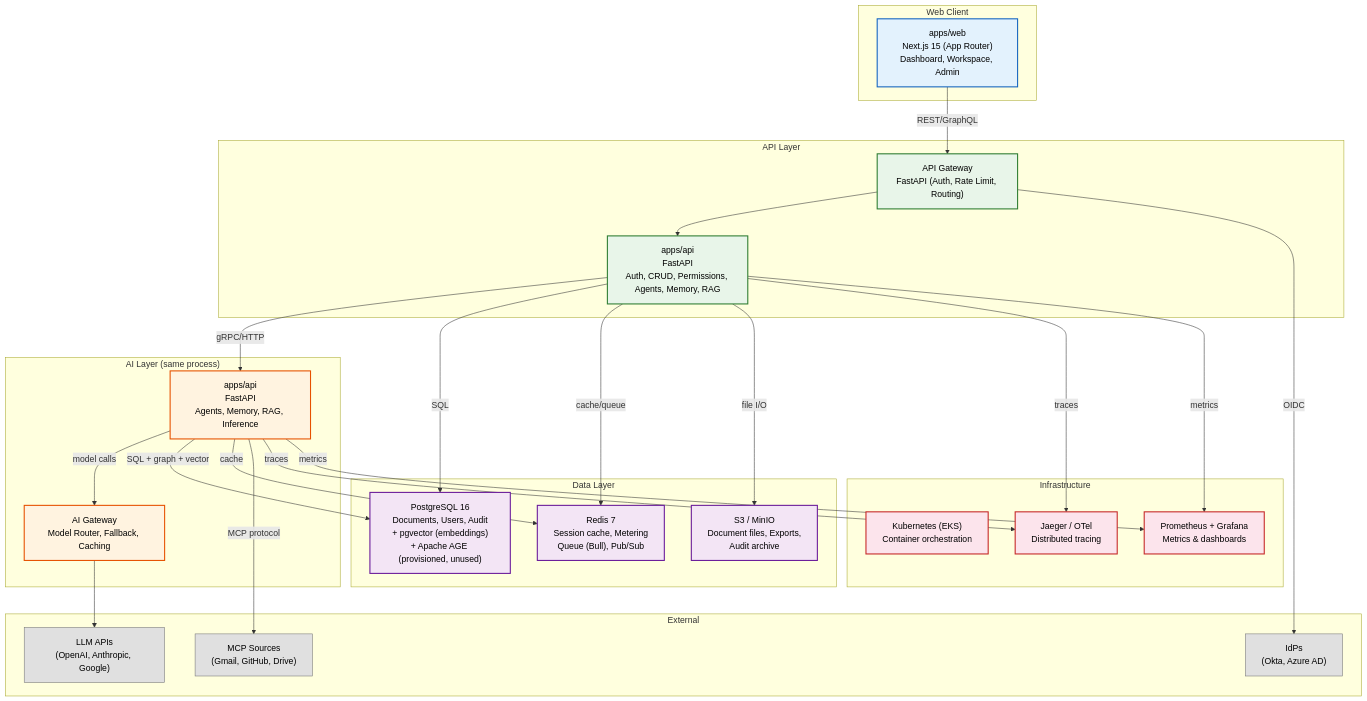
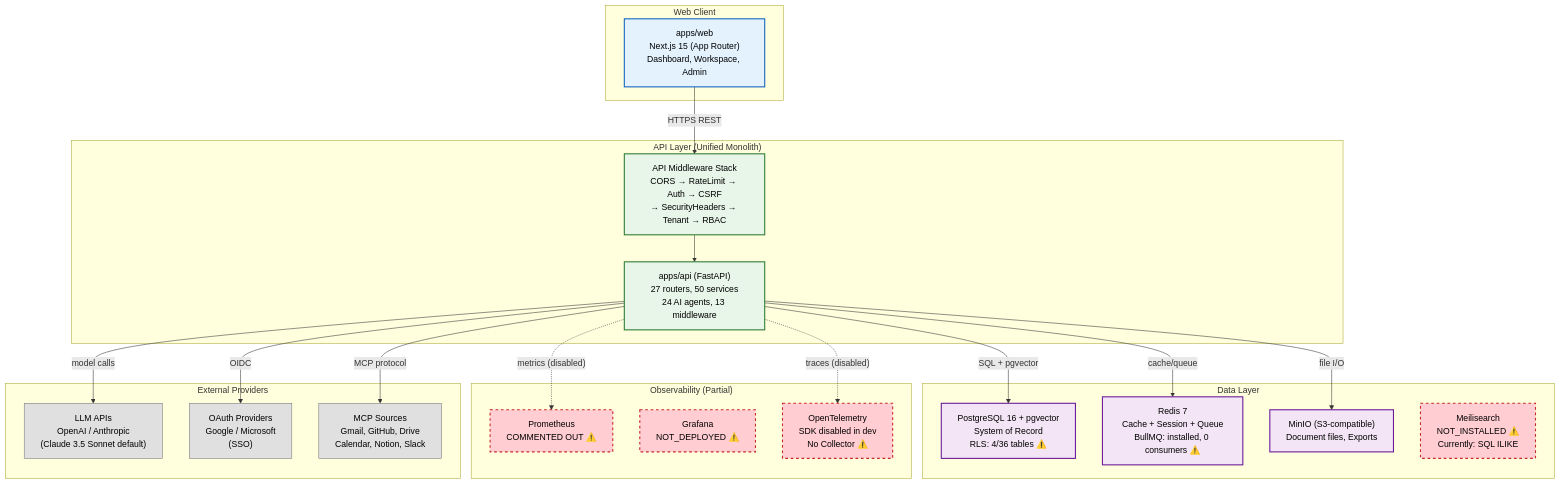
One commit to Driftloom/Vaeloom changed the second of 5 diagrams in docs/architecture/C4-Architecture.md. Above: the diagram before and after it, drawn with Mermaid. The commit also changed other lines of this file and 54 other files, not shown here.

First line of the commit message:
feat: enterprise architecture upgrade + zero-trust audit

````diff
--- a/docs/architecture/C4-Architecture.md
+++ b/docs/architecture/C4-Architecture.md
@@ -114,54 +115,48 @@
 ```mermaid
 graph TB
     classDef frontend fill:#e3f2fd,stroke:#1565c0,color:#000,stroke-width:2px
     classDef api fill:#e8f5e9,stroke:#2e7d32,color:#000,stroke-width:2px
     classDef ai fill:#fff3e0,stroke:#e65100,color:#000,stroke-width:2px
     classDef data fill:#f3e5f5,stroke:#6a1b9a,color:#000,stroke-width:2px
     classDef infra fill:#fce4ec,stroke:#c62828,color:#000,stroke-width:2px
     classDef external fill:#e0e0e0,stroke:#757575,color:#000,stroke-width:1px
+    classDef gap fill:#ffcdd2,stroke:#c62828,color:#000,stroke-width:2px,stroke-dasharray: 5 5
 
     subgraph Web["Web Client"]
         APP["apps/web<br/>Next.js 15 (App Router)<br/>Dashboard, Workspace, Admin"]:::frontend
     end
 
-    subgraph API["API Layer"]
-        GW["API Gateway<br/>FastAPI (Auth, Rate Limit, Routing)"]:::api
-        APISRV["apps/api<br/>FastAPI<br/>Auth, CRUD, Permissions, Agents, Memory, RAG"]:::api
-    end
-
-    subgraph AI["AI Layer (same process)"]
-        AISRV["apps/api<br/>FastAPI<br/>Agents, Memory, RAG, Inference"]:::ai
-        GATEWAY["AI Gateway<br/>Model Router, Fallback, Caching"]:::ai
+    subgraph API["API Layer (Unified Monolith)"]
+        GW["API Middleware Stack<br/>CORS → RateLimit → Auth → CSRF<br/>→ SecurityHeaders → Tenant → RBAC"]:::api
+        APISRV["apps/api (FastAPI)<br/>27 routers, 50 services<br/>24 AI agents, 13 middleware"]:::api
     end
 
     subgraph Data["Data Layer"]
-        PG["PostgreSQL 16<br/>Documents, Users, Audit<br/>+ pgvector (embeddings)<br/>+ Apache AGE (provisioned, unused)"]:::data
-        REDIS["Redis 7<br/>Session cache, Metering<br/>Queue (Bull), Pub/Sub"]:::data
-        S3["S3 / MinIO<br/>Document files, Exports,<br/>Audit archive"]:::data
+        PG["PostgreSQL 16 + pgvector<br/>System of Record<br/>RLS: 4/36 tables ⚠️"]:::data
+        REDIS["Redis 7<br/>Cache + Session + Queue<br/>BullMQ: installed, 0 consumers ⚠️"]:::data
+        S3["MinIO (S3-compatible)<br/>Document files, Exports"]:::data
+        MEILI["Meilisearch<br/>NOT_INSTALLED ⚠️<br/>Currently: SQL ILIKE"]:::gap
     end
 
-    subgraph Infra["Infrastructure"]
-        K8S["Kubernetes (EKS)<br/>Container orchestration"]:::infra
-        PROM["Prometheus + Grafana<br/>Metrics & dashboards"]:::infra
-        JAEGER["Jaeger / OTel<br/>Distributed tracing"]:::infra
+    subgraph Observability["Observability (Partial)"]
+        PROM["Prometheus<br/>COMMENTED OUT ⚠️"]:::gap
+        GRAFANA["Grafana<br/>NOT_DEPLOYED ⚠️"]:::gap
+        OTEL["OpenTelemetry<br/>SDK disabled in dev<br/>No Collector ⚠️"]:::gap
     end
 
-    subgraph External["External"]
-        LLM["LLM APIs<br/>(OpenAI, Anthropic, Google)"]:::external
-        IDP["IdPs<br/>(Okta, Azure AD)"]:::external
-        MCP_S["MCP Sources<br/>(Gmail, GitHub, Drive)"]:::external
+    subgraph External["External Providers"]
+        LLM["LLM APIs<br/>OpenAI / Anthropic<br/>(Claude 3.5 Sonnet default)"]:::external
+        OAUTH["OAuth Providers<br/>Google / Microsoft<br/>(SSO)"]:::external
+        MCP_S["MCP Sources<br/>Gmail, GitHub, Drive<br/>Calendar, Notion, Slack"]:::external
     end
 
-    APP -->|"REST/GraphQL"| GW --> APISRV
-    APISRV -->|"gRPC/HTTP"| AISRV
-    AISRV -->|"model calls"| GATEWAY --> LLM
-    APISRV -->|"SQL"| PG
+    APP -->|"HTTPS REST"| GW --> APISRV
+    APISRV -->|"SQL + pgvector"| PG
     APISRV -->|"cache/queue"| REDIS
-    AISRV -->|"SQL + graph + vector"| PG
-    AISRV -->|"cache"| REDIS
     APISRV -->|"file I/O"| S3
-    GW -->|"OIDC"| IDP
-    AISRV -->|"MCP protocol"| MCP_S
-    APISRV & AISRV -->|"traces"| JAEGER
-    APISRV & AISRV -->|"metrics"| PROM
+    APISRV -->|"model calls"| LLM
+    APISRV -->|"OIDC"| OAUTH
+    APISRV -->|"MCP protocol"| MCP_S
+    APISRV -.->|"metrics (disabled)"| PROM
+    APISRV -.->|"traces (disabled)"| OTEL
 ```
````
